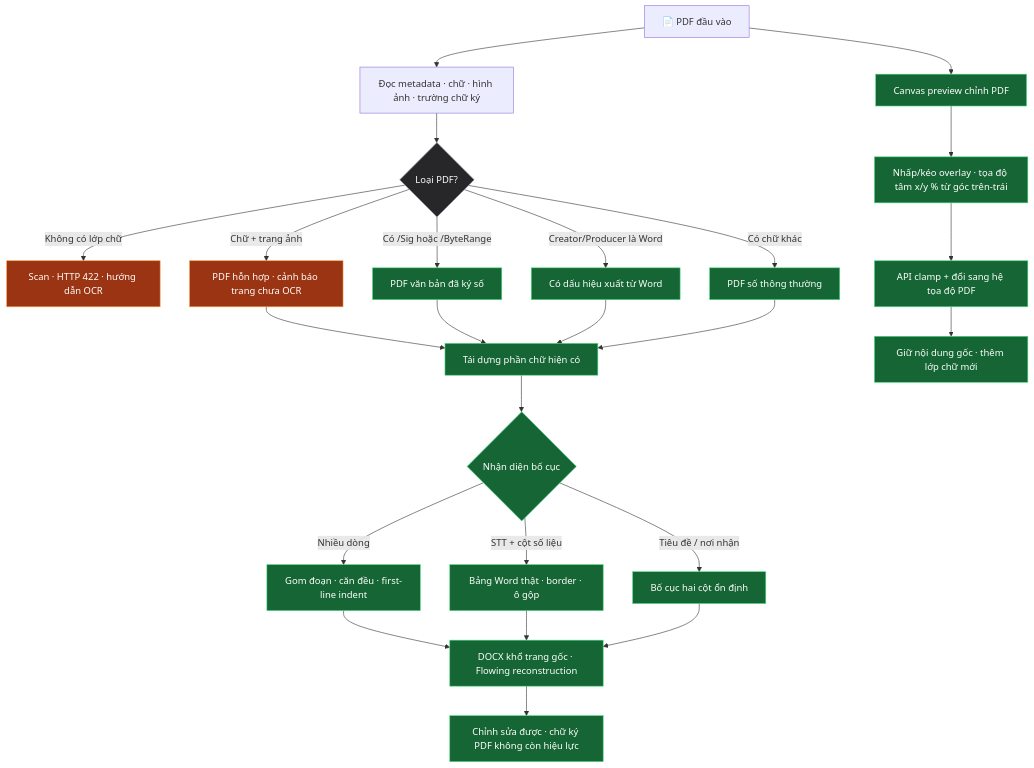
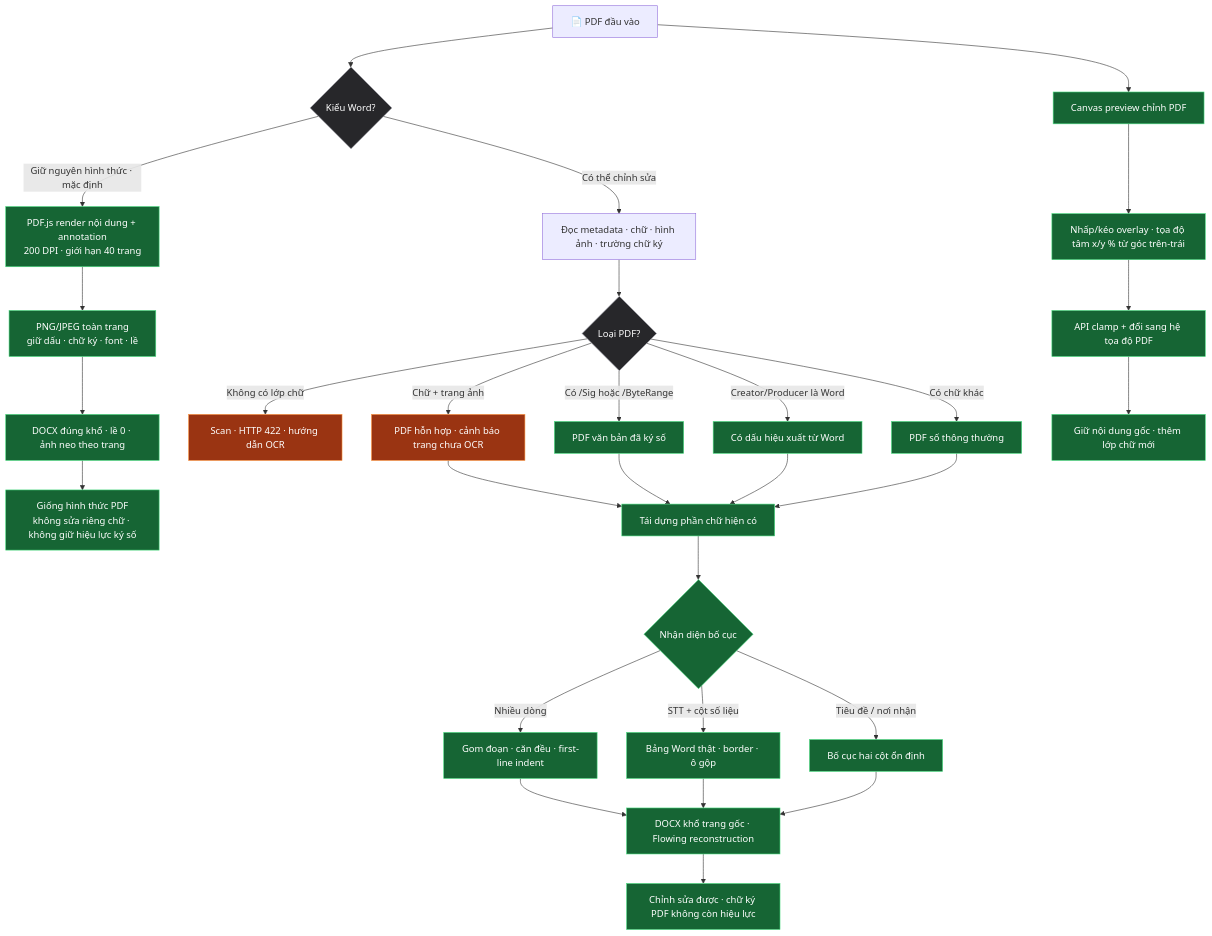
Before and after one commit to phamcongdanh98/Web-tool-ALL: the fourth of 5 diagrams in DIAGRAMS.md, drawn with Mermaid. The commit also changed other lines of this file and 7 other files, not shown here.

Commit message:
Add exact-format PDF to Word conversion mode

````diff
--- a/DIAGRAMS.md
+++ b/DIAGRAMS.md
@@ -101,34 +101,39 @@
 ```mermaid
 flowchart TD
-    F["📄 PDF đầu vào"] --> M["Đọc metadata · chữ · hình ảnh · trường chữ ký"]
+    F["📄 PDF đầu vào"] --> Z{"Kiểu Word?"}
+    Z -->|"Giữ nguyên hình thức · mặc định"| E["PDF.js render nội dung + annotation<br/>200 DPI · giới hạn 40 trang"]
+    E --> I["PNG/JPEG toàn trang<br/>giữ dấu · chữ ký · font · lề"]
+    I --> J["DOCX đúng khổ · lề 0 · ảnh neo theo trang"]
+    J --> Y["Giống hình thức PDF<br/>không sửa riêng chữ · không giữ hiệu lực ký số"]
+    Z -->|"Có thể chỉnh sửa"| M["Đọc metadata · chữ · hình ảnh · trường chữ ký"]
     M --> K{"Loại PDF?"}
     K -->|"Không có lớp chữ"| S["Scan · HTTP 422 · hướng dẫn OCR"]
     K -->|"Chữ + trang ảnh"| H["PDF hỗn hợp · cảnh báo trang chưa OCR"]
     K -->|"Có /Sig hoặc /ByteRange"| V["PDF văn bản đã ký số"]
     K -->|"Creator/Producer là Word"| W["Có dấu hiệu xuất từ Word"]
     K -->|"Có chữ khác"| D["PDF số thông thường"]
     H --> R["Tái dựng phần chữ hiện có"]
     V --> R
     W --> R
     D --> R
     R --> T{"Nhận diện bố cục"}
     T -->|"Nhiều dòng"| B["Gom đoạn · căn đều · first-line indent"]
     T -->|"STT + cột số liệu"| Q["Bảng Word thật · border · ô gộp"]
     T -->|"Tiêu đề / nơi nhận"| X["Bố cục hai cột ổn định"]
     B --> O["DOCX khổ trang gốc · Flowing reconstruction"]
     Q --> O
     X --> O
     O --> C["Chỉnh sửa được · chữ ký PDF không còn hiệu lực"]
 
     F --> P["Canvas preview chỉnh PDF"]
     P --> G["Nhấp/kéo overlay · tọa độ tâm x/y % từ góc trên-trái"]
     G --> A["API clamp + đổi sang hệ tọa độ PDF"]
     A --> L["Giữ nội dung gốc · thêm lớp chữ mới"]
 
     classDef decision fill:#27272a,stroke:#a1a1aa,color:#fff;
     classDef warn fill:#9a3412,stroke:#fb923c,color:#fff;
     classDef ok fill:#166534,stroke:#4ade80,color:#fff;
-    class K decision;
+    class Z,K decision;
     class S,H warn;
-    class V,W,D,R,T,B,Q,X,O,C,P,G,A,L ok;
+    class E,I,J,Y,V,W,D,R,T,B,Q,X,O,C,P,G,A,L ok;
 ```
````
